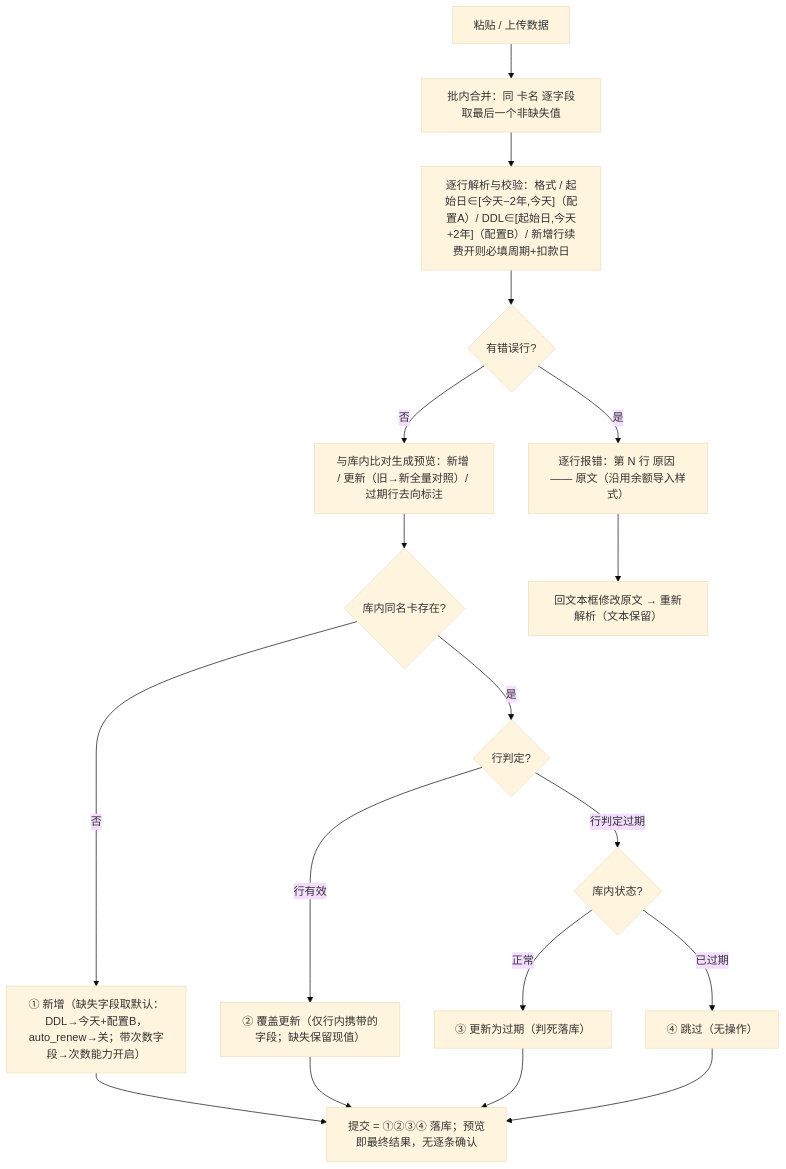
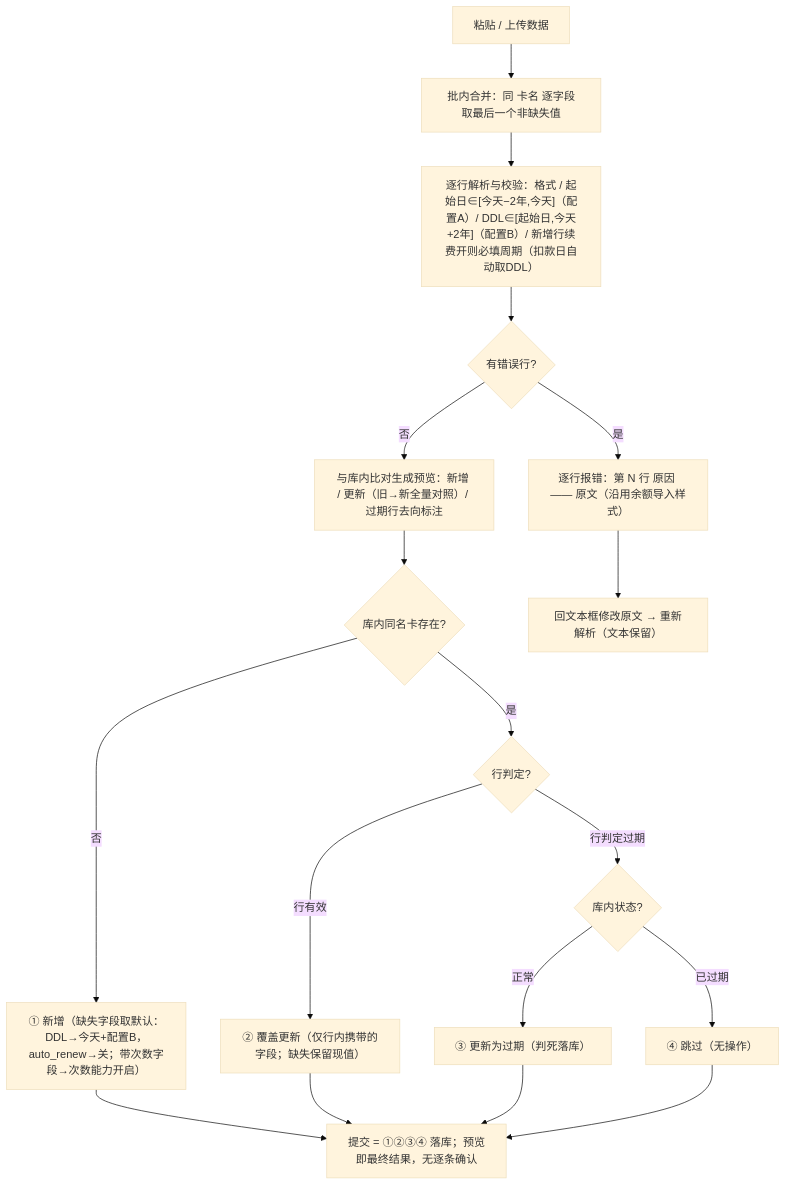
The fourth of 4 diagrams in src/doc/lifestyle-cardpack-prd-v3.md (poiu1235/handle-platform), drawn with Mermaid (base theme) before and after one commit. The commit also changed other lines of this file and 2 other files, not shown here.

````diff
--- a/src/doc/lifestyle-cardpack-prd-v3.md
+++ b/src/doc/lifestyle-cardpack-prd-v3.md
@@ -322,20 +322,20 @@
 ```mermaid
 flowchart TD
     A["粘贴 / 上传数据"] --> B["批内合并：同 卡名 逐字段取最后一个非缺失值"]
-    B --> C["逐行解析与校验：格式 / 起始日∈[今天−2年,今天]（配置A）/ DDL∈[起始日,今天+2年]（配置B）/ 新增行续费开则必填周期+扣款日"]
+    B --> C["逐行解析与校验：格式 / 起始日∈[今天−2年,今天]（配置A）/ DDL∈[起始日,今天+2年]（配置B）/ 新增行续费开则必填周期（扣款日自动取DDL）"]
     C --> D{"有错误行?"}
     D -- "是" --> E["逐行报错：第 N 行 原因 —— 原文（沿用余额导入样式）"]
     D -- "否" --> F["与库内比对生成预览：新增 / 更新（旧→新全量对照）/ 过期行去向标注"]
     F --> G{"库内同名卡存在?"}
     G -- "否" --> H["① 新增（缺失字段取默认：DDL→今天+配置B，auto_renew→关；带次数字段→次数能力开启）"]
     G -- "是" --> I{"行判定?"}
     I -- "行有效" --> J["② 覆盖更新（仅行内携带的字段；缺失保留现值）"]
     I -- "行判定过期" --> K{"库内状态?"}
     K -- "正常" --> L["③ 更新为过期（判死落库）"]
     K -- "已过期" --> M["④ 跳过（无操作）"]
     H --> N["提交 = ①②③④ 落库；预览即最终结果，无逐条确认"]
     J --> N
     L --> N
     M --> N
     E --> O["回文本框修改原文 → 重新解析（文本保留）"]
 ```
````
